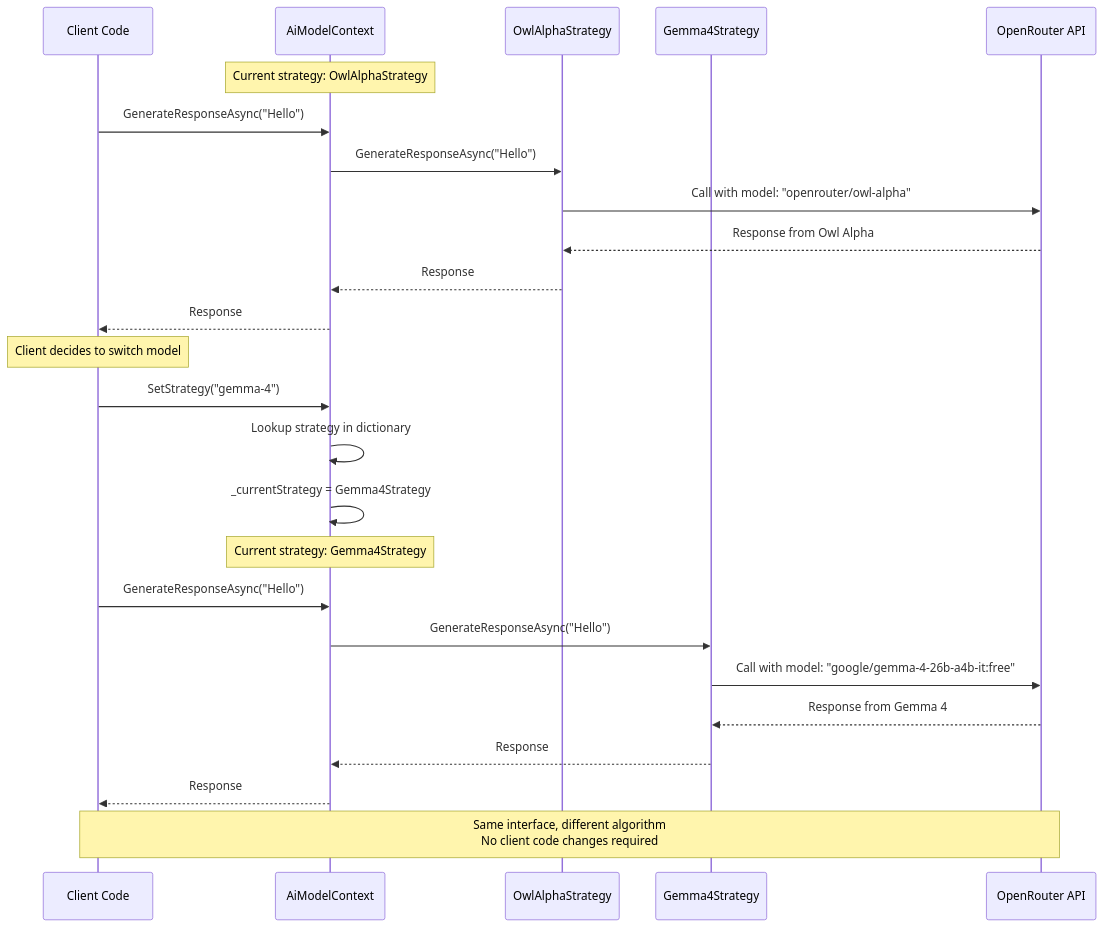
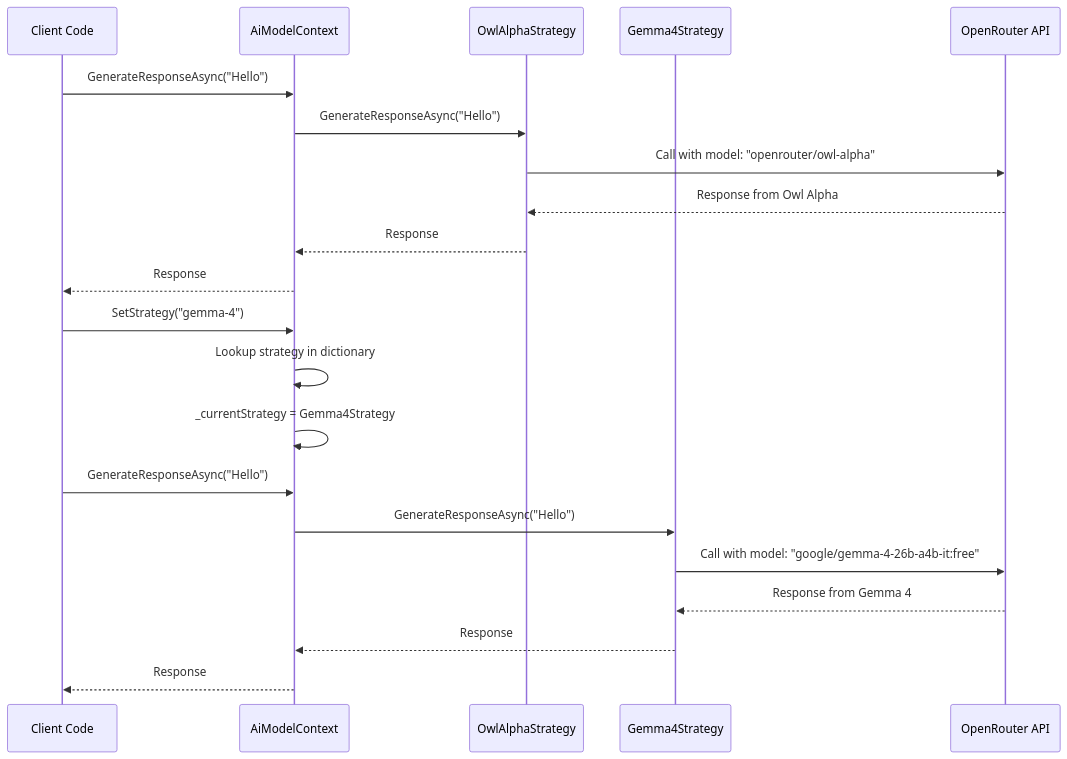
One commit to WeiXuan-C/ai-clinic changed the ninth of 12 diagrams in DESIGN_PATTERNS_PROFESSIONAL.md. Above: the diagram before and after it, drawn with Mermaid. The commit also changed other lines of this file, not shown here.

````diff
--- a/DESIGN_PATTERNS_PROFESSIONAL.md
+++ b/DESIGN_PATTERNS_PROFESSIONAL.md
@@ -1224,34 +1320,26 @@
 ```mermaid
 sequenceDiagram
     participant Client as Client Code
     participant Context as AiModelContext
     participant OldStrategy as OwlAlphaStrategy
     participant NewStrategy as Gemma4Strategy
     participant API as OpenRouter API
     
-    Note over Context: Current strategy: OwlAlphaStrategy
-    
     Client->>Context: GenerateResponseAsync("Hello")
     Context->>OldStrategy: GenerateResponseAsync("Hello")
     OldStrategy->>API: Call with model: "openrouter/owl-alpha"
     API-->>OldStrategy: Response from Owl Alpha
     OldStrategy-->>Context: Response
     Context-->>Client: Response
     
-    Note over Client: Client decides to switch model
-    
     Client->>Context: SetStrategy("gemma-4")
     Context->>Context: Lookup strategy in dictionary
     Context->>Context: _currentStrategy = Gemma4Strategy
-    
-    Note over Context: Current strategy: Gemma4Strategy
     
     Client->>Context: GenerateResponseAsync("Hello")
     Context->>NewStrategy: GenerateResponseAsync("Hello")
     NewStrategy->>API: Call with model: "google/gemma-4-26b-a4b-it:free"
     API-->>NewStrategy: Response from Gemma 4
     NewStrategy-->>Context: Response
     Context-->>Client: Response
-    
-    Note over Client,API: Same interface, different algorithm<br/>No client code changes required
 ```
````
